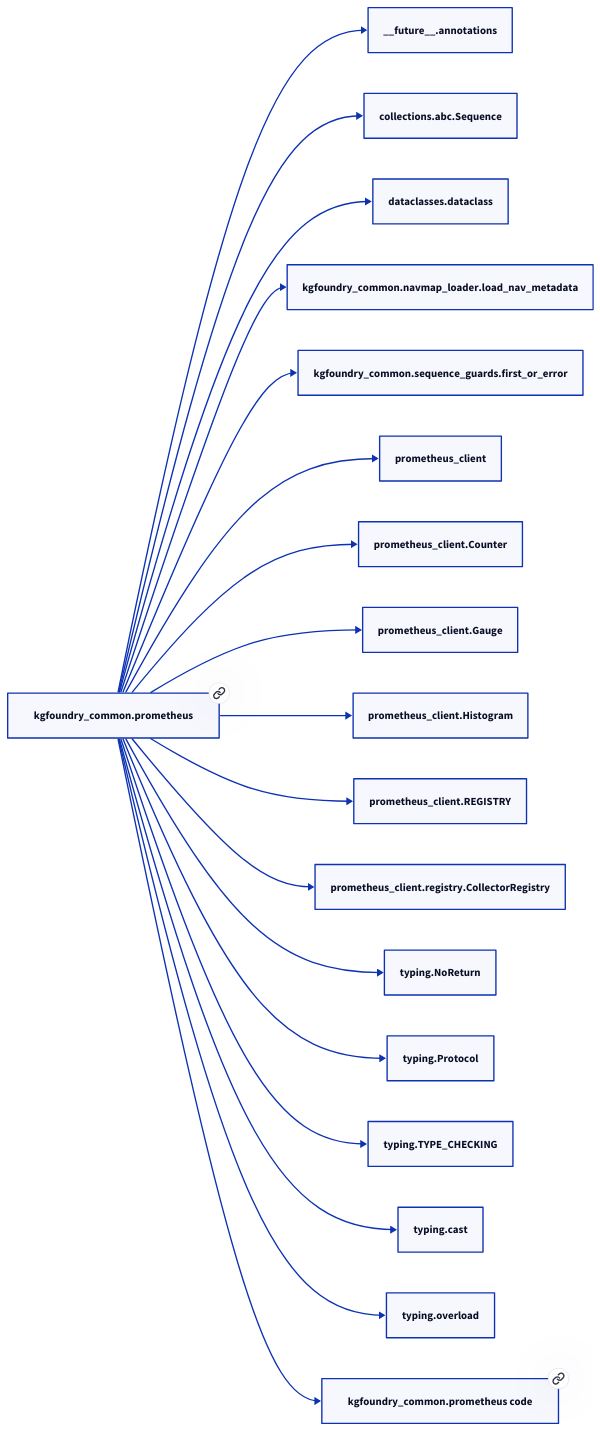
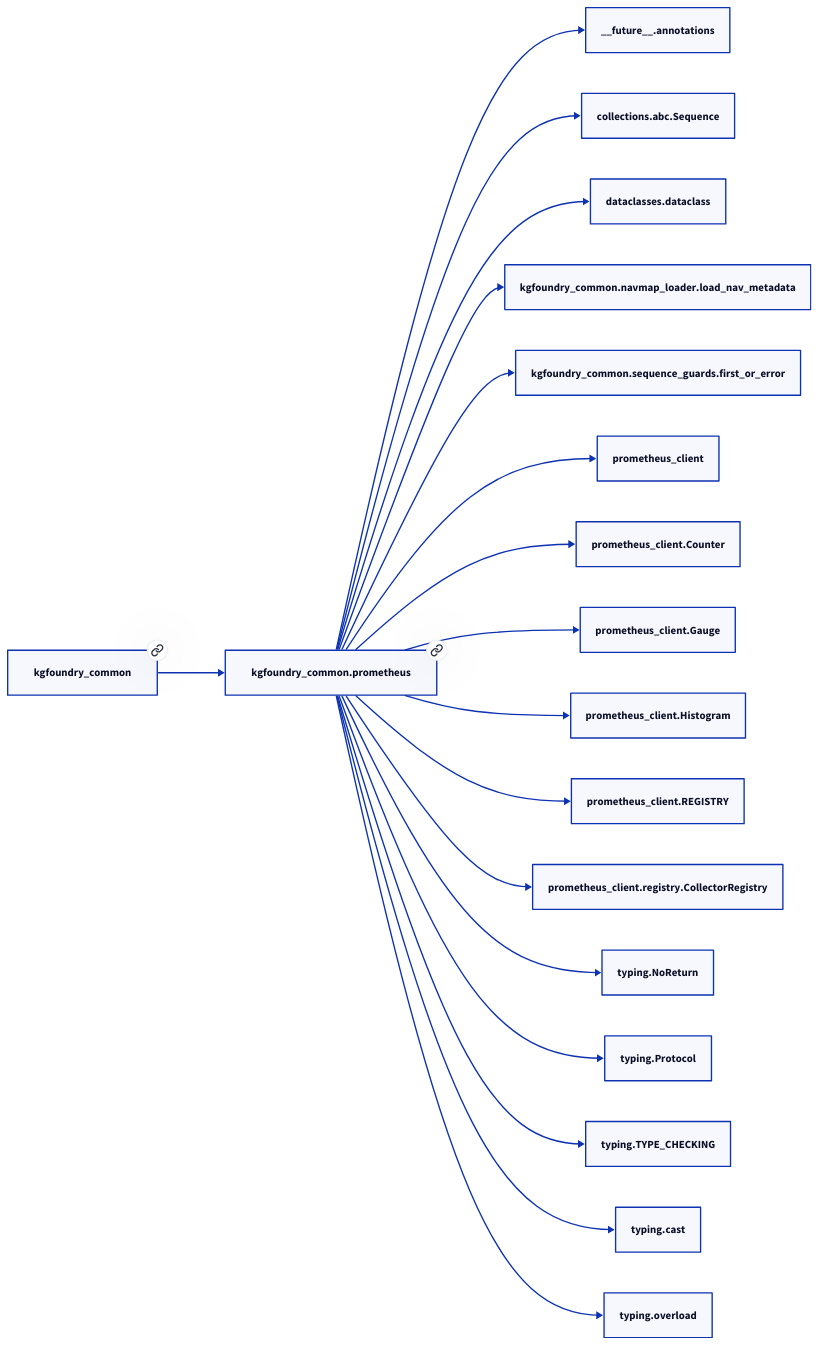
One commit to paul-heyse/kgforge changed the second of 2 diagrams in docs/modules/kgfoundry_common/prometheus.md. Above: the diagram before and after it, drawn with D2. The commit also changed other lines of this file and 208 other files, not shown here.

````diff
--- a/docs/modules/kgfoundry_common/prometheus.md
+++ b/docs/modules/kgfoundry_common/prometheus.md
@@ -154,38 +158,38 @@
 ```d2
 direction: right
-"kgfoundry_common.prometheus": "kgfoundry_common.prometheus" { link: "./kgfoundry_common/prometheus.md" }
+"kgfoundry_common.prometheus": "kgfoundry_common.prometheus" { link: "https://github.com/paul-heyse/kgfoundry/blob/main/src/kgfoundry_common/prometheus.py" }
 "__future__.annotations": "__future__.annotations"
 "kgfoundry_common.prometheus" -> "__future__.annotations"
 "collections.abc.Sequence": "collections.abc.Sequence"
 "kgfoundry_common.prometheus" -> "collections.abc.Sequence"
 "dataclasses.dataclass": "dataclasses.dataclass"
 "kgfoundry_common.prometheus" -> "dataclasses.dataclass"
 "kgfoundry_common.navmap_loader.load_nav_metadata": "kgfoundry_common.navmap_loader.load_nav_metadata"
 "kgfoundry_common.prometheus" -> "kgfoundry_common.navmap_loader.load_nav_metadata"
 "kgfoundry_common.sequence_guards.first_or_error": "kgfoundry_common.sequence_guards.first_or_error"
 "kgfoundry_common.prometheus" -> "kgfoundry_common.sequence_guards.first_or_error"
 "prometheus_client": "prometheus_client"
 "kgfoundry_common.prometheus" -> "prometheus_client"
 "prometheus_client.Counter": "prometheus_client.Counter"
 "kgfoundry_common.prometheus" -> "prometheus_client.Counter"
 "prometheus_client.Gauge": "prometheus_client.Gauge"
 "kgfoundry_common.prometheus" -> "prometheus_client.Gauge"
 "prometheus_client.Histogram": "prometheus_client.Histogram"
 "kgfoundry_common.prometheus" -> "prometheus_client.Histogram"
 "prometheus_client.REGISTRY": "prometheus_client.REGISTRY"
 "kgfoundry_common.prometheus" -> "prometheus_client.REGISTRY"
 "prometheus_client.registry.CollectorRegistry": "prometheus_client.registry.CollectorRegistry"
 "kgfoundry_common.prometheus" -> "prometheus_client.registry.CollectorRegistry"
 "typing.NoReturn": "typing.NoReturn"
 "kgfoundry_common.prometheus" -> "typing.NoReturn"
 "typing.Protocol": "typing.Protocol"
 "kgfoundry_common.prometheus" -> "typing.Protocol"
 "typing.TYPE_CHECKING": "typing.TYPE_CHECKING"
 "kgfoundry_common.prometheus" -> "typing.TYPE_CHECKING"
 "typing.cast": "typing.cast"
 "kgfoundry_common.prometheus" -> "typing.cast"
 "typing.overload": "typing.overload"
 "kgfoundry_common.prometheus" -> "typing.overload"
-"kgfoundry_common.prometheus_code": "kgfoundry_common.prometheus code" { link: "https://github.com/kgfoundry/kgfoundry/blob/main/src/kgfoundry_common/prometheus.py" }
-"kgfoundry_common.prometheus" -> "kgfoundry_common.prometheus_code" { style: dashed }
+"kgfoundry_common": "kgfoundry_common" { link: "https://github.com/paul-heyse/kgfoundry/blob/main/src/kgfoundry_common/__init__.py" }
+"kgfoundry_common" -> "kgfoundry_common.prometheus" { style: dashed }
 ```
````
